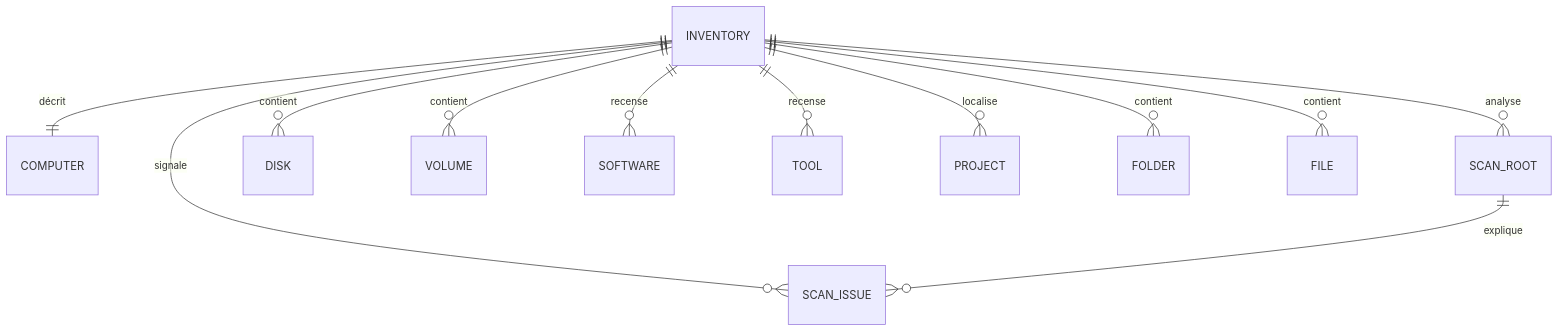
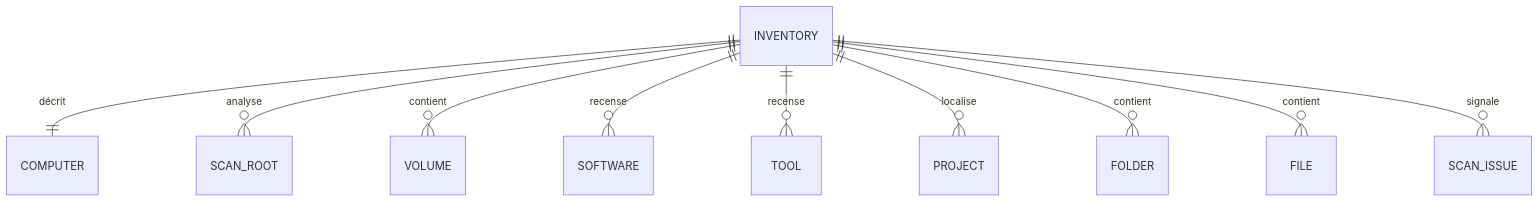
One commit to Boitier13/ATLAS-PC changed the diagram in docs/08-modele-sqlite.md. Above: the diagram before and after it, drawn with Mermaid. The commit also changed other lines of this file and 8 other files, not shown here.

````diff
--- a/docs/08-modele-sqlite.md
+++ b/docs/08-modele-sqlite.md
@@ -28,14 +28,12 @@
 ```mermaid
 erDiagram
     INVENTORY ||--|| COMPUTER : "décrit"
     INVENTORY ||--o{ SCAN_ROOT : "analyse"
-    INVENTORY ||--o{ DISK : "contient"
     INVENTORY ||--o{ VOLUME : "contient"
     INVENTORY ||--o{ SOFTWARE : "recense"
     INVENTORY ||--o{ TOOL : "recense"
     INVENTORY ||--o{ PROJECT : "localise"
     INVENTORY ||--o{ FOLDER : "contient"
     INVENTORY ||--o{ FILE : "contient"
     INVENTORY ||--o{ SCAN_ISSUE : "signale"
-    SCAN_ROOT ||--o{ SCAN_ISSUE : "explique"
 ```
````
